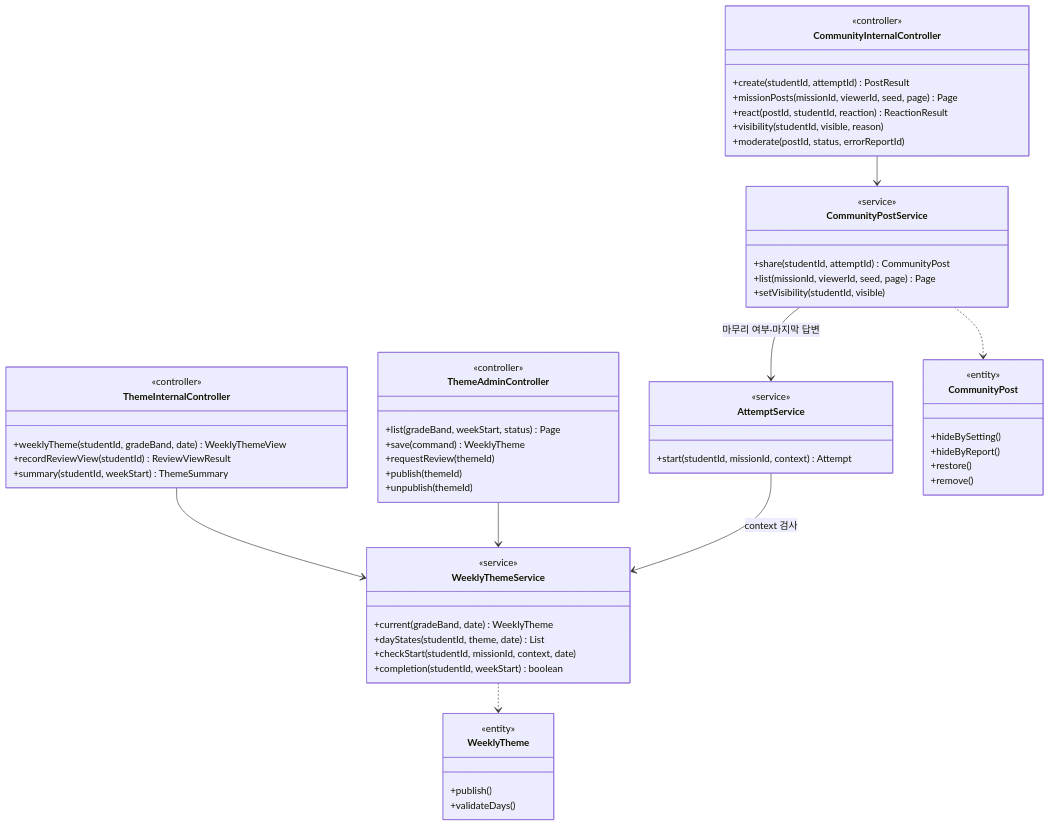
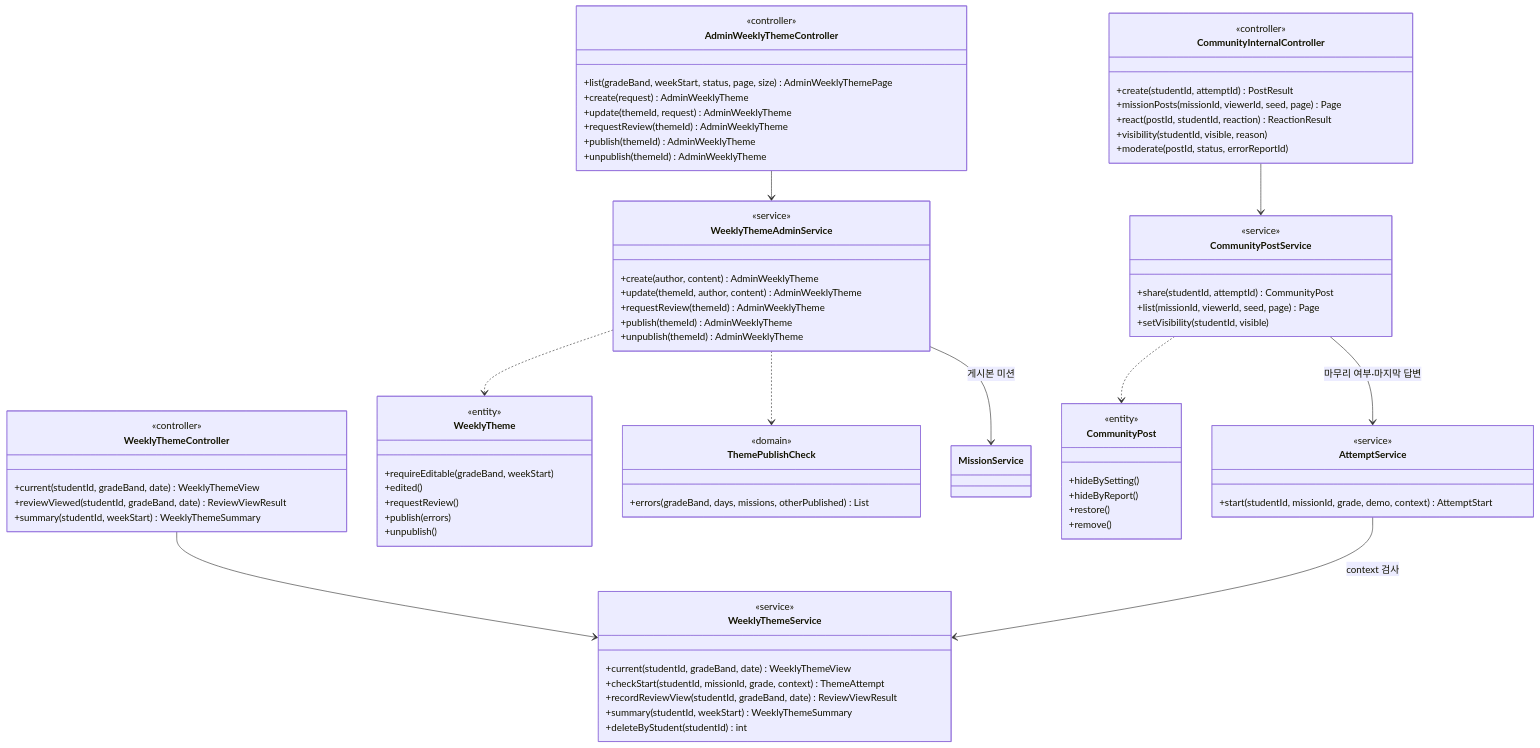
Before and after one commit to SKNETWORKS-FAMILY-AICAMP/SKN34-FINAL-3TEAM: diagram 13 of 20 in docs/design/class-diagram.md, drawn with Mermaid. The commit also changed other lines of this file and 43 other files, not shown here.

````diff
--- a/docs/design/class-diagram.md
+++ b/docs/design/class-diagram.md
@@ -1753,63 +1753,82 @@
 ```mermaid
 classDiagram
   direction TB
-  class ThemeInternalController {
+  class WeeklyThemeController {
     <<controller>>
-    +weeklyTheme(studentId, gradeBand, date) WeeklyThemeView
-    +recordReviewView(studentId) ReviewViewResult
-    +summary(studentId, weekStart) ThemeSummary
+    +current(studentId, gradeBand, date) WeeklyThemeView
+    +reviewViewed(studentId, gradeBand, date) ReviewViewResult
+    +summary(studentId, weekStart) WeeklyThemeSummary
   }
-  class ThemeAdminController {
+  class AdminWeeklyThemeController {
     <<controller>>
-    +list(gradeBand, weekStart, status) Page
-    +save(command) WeeklyTheme
-    +requestReview(themeId)
-    +publish(themeId)
-    +unpublish(themeId)
+    +list(gradeBand, weekStart, status, page, size) AdminWeeklyThemePage
+    +create(request) AdminWeeklyTheme
+    +update(themeId, request) AdminWeeklyTheme
+    +requestReview(themeId) AdminWeeklyTheme
+    +publish(themeId) AdminWeeklyTheme
+    +unpublish(themeId) AdminWeeklyTheme
   }
   class WeeklyThemeService {
     <<service>>
-    +current(gradeBand, date) WeeklyTheme
-    +dayStates(studentId, theme, date) List
-    +checkStart(studentId, missionId, context, date)
-    +completion(studentId, weekStart) boolean
+    +current(studentId, gradeBand, date) WeeklyThemeView
+    +checkStart(studentId, missionId, grade, context) ThemeAttempt
+    +recordReviewView(studentId, gradeBand, date) ReviewViewResult
+    +summary(studentId, weekStart) WeeklyThemeSummary
+    +deleteByStudent(studentId) int
+  }
+  class WeeklyThemeAdminService {
+    <<service>>
+    +create(author, content) AdminWeeklyTheme
+    +update(themeId, author, content) AdminWeeklyTheme
+    +requestReview(themeId) AdminWeeklyTheme
+    +publish(themeId) AdminWeeklyTheme
+    +unpublish(themeId) AdminWeeklyTheme
   }
   class WeeklyTheme {
     <<entity>>
-    +publish()
-    +validateDays()
+    +requireEditable(gradeBand, weekStart)
+    +edited()
+    +requestReview()
+    +publish(errors)
+    +unpublish()
+  }
+  class ThemePublishCheck {
+    <<domain>>
+    +errors(gradeBand, days, missions, otherPublished) List
   }
   class AttemptService {
     <<service>>
-    +start(studentId, missionId, context) Attempt
+    +start(studentId, missionId, grade, demo, context) AttemptStart
   }
   class CommunityInternalController {
     <<controller>>
     +create(studentId, attemptId) PostResult
     +missionPosts(missionId, viewerId, seed, page) Page
     +react(postId, studentId, reaction) ReactionResult
     +visibility(studentId, visible, reason)
     +moderate(postId, status, errorReportId)
   }
   class CommunityPostService {
     <<service>>
     +share(studentId, attemptId) CommunityPost
     +list(missionId, viewerId, seed, page) Page
     +setVisibility(studentId, visible)
   }
   class CommunityPost {
     <<entity>>
     +hideBySetting()
     +hideByReport()
     +restore()
     +remove()
   }
 
-  ThemeInternalController --> WeeklyThemeService
-  ThemeAdminController --> WeeklyThemeService
-  WeeklyThemeService ..> WeeklyTheme
+  WeeklyThemeController --> WeeklyThemeService
+  AdminWeeklyThemeController --> WeeklyThemeAdminService
+  WeeklyThemeAdminService ..> WeeklyTheme
+  WeeklyThemeAdminService ..> ThemePublishCheck
+  WeeklyThemeAdminService --> MissionService : 게시본 미션
   AttemptService --> WeeklyThemeService : context 검사
   CommunityInternalController --> CommunityPostService
   CommunityPostService ..> CommunityPost
   CommunityPostService --> AttemptService : 마무리 여부·마지막 답변
 ```
````
